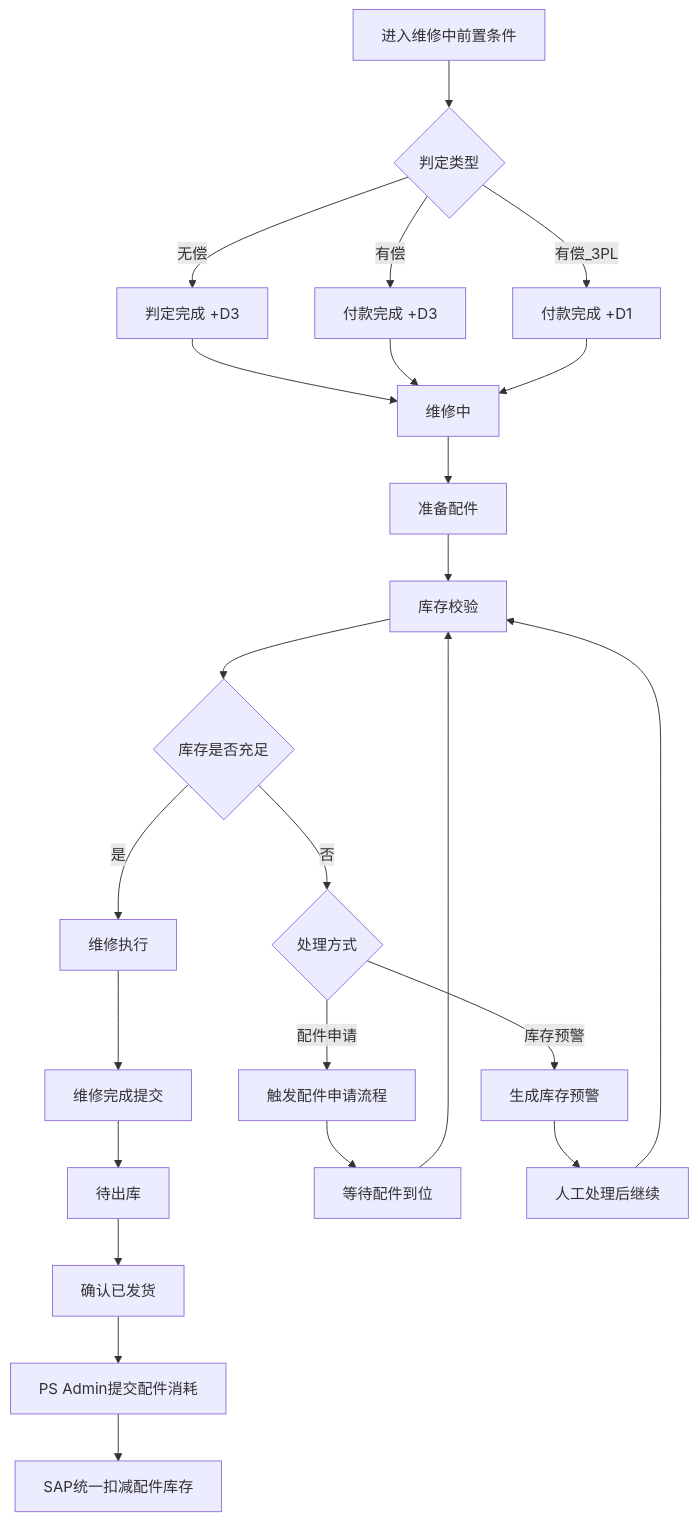
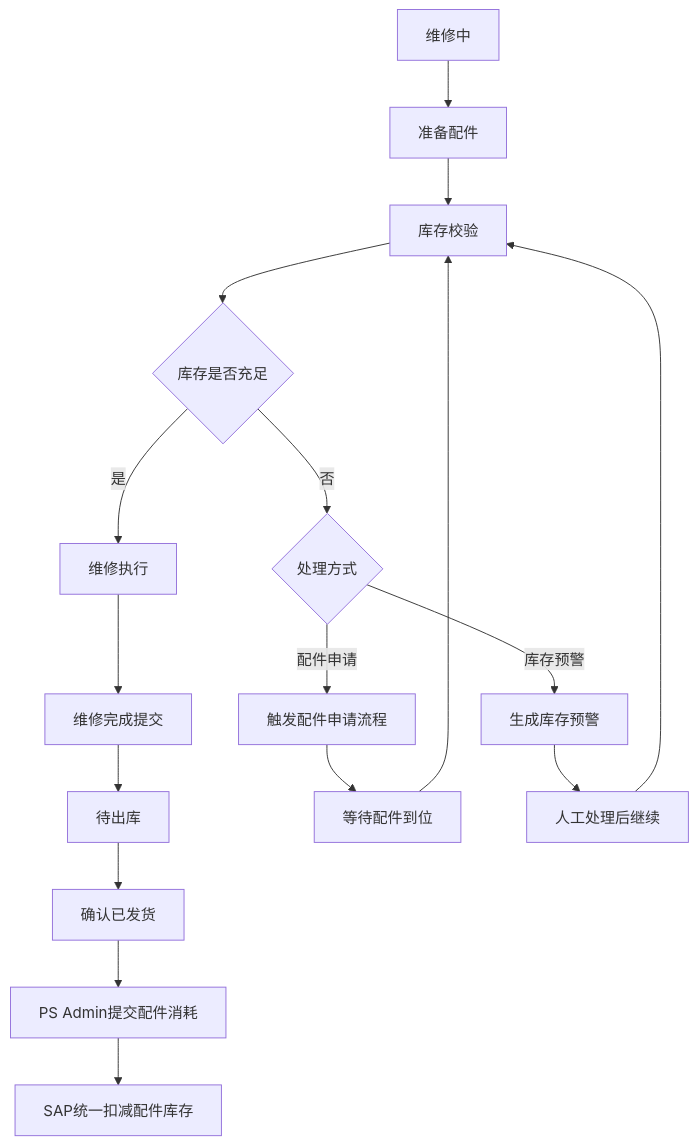
The sixth of 36 diagrams in 文档/GM系统需求说明.md (guguohai/gmps), drawn with Mermaid before and after one commit. The commit also changed other lines of this file, not shown here.

````diff
--- a/文档/GM系统需求说明.md
+++ b/文档/GM系统需求说明.md
@@ -388,34 +398,24 @@
 ```mermaid
 flowchart TD
 
-A0[进入维修中前置条件] --> A1{判定类型}
-
-A1 -->|无偿| A2[判定完成 +D3]
-A1 -->|有偿| A3[付款完成 +D3]
-A1 -->|有偿_3PL| A4[付款完成 +D1]
-
-A2 --> A[维修中]
-A3 --> A
-A4 --> A
-
-A --> B[准备配件]
+A[维修中] --> B[准备配件]
 
 B --> G[库存校验]
 G --> H{库存是否充足}
 
 H -->|是| E[维修执行]
 E --> I[维修完成提交]
 I --> T[待出库]
 T --> U[确认已发货]
 U --> J[PS Admin提交配件消耗]
 J --> K[SAP统一扣减配件库存]
 
 H -->|否| N{处理方式}
 N -->|配件申请| O[触发配件申请流程]
 O --> P[等待配件到位]
 P --> G
 
 N -->|库存预警| Q[生成库存预警]
 Q --> R[人工处理后继续]
 R --> G
 ```
````
